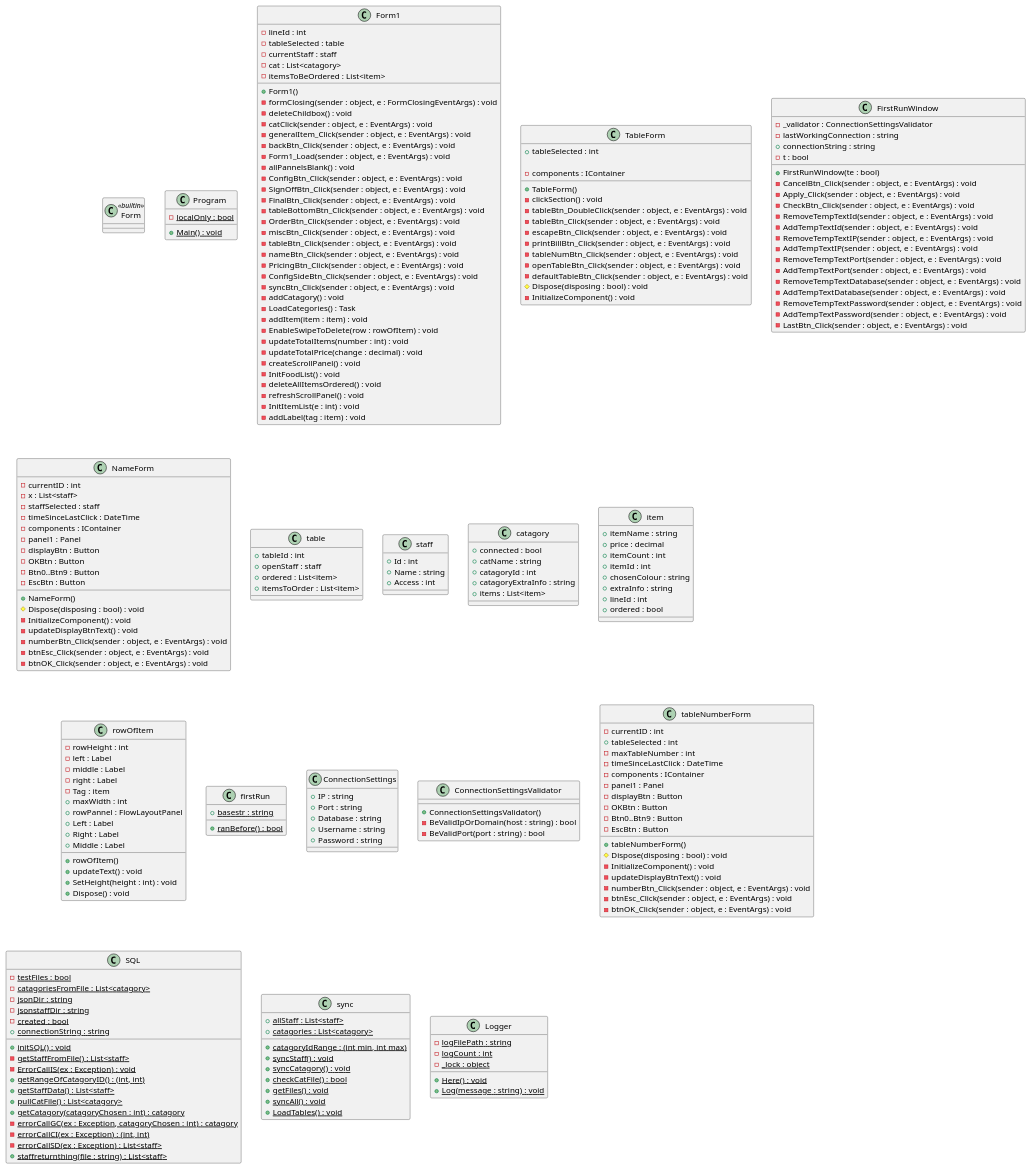
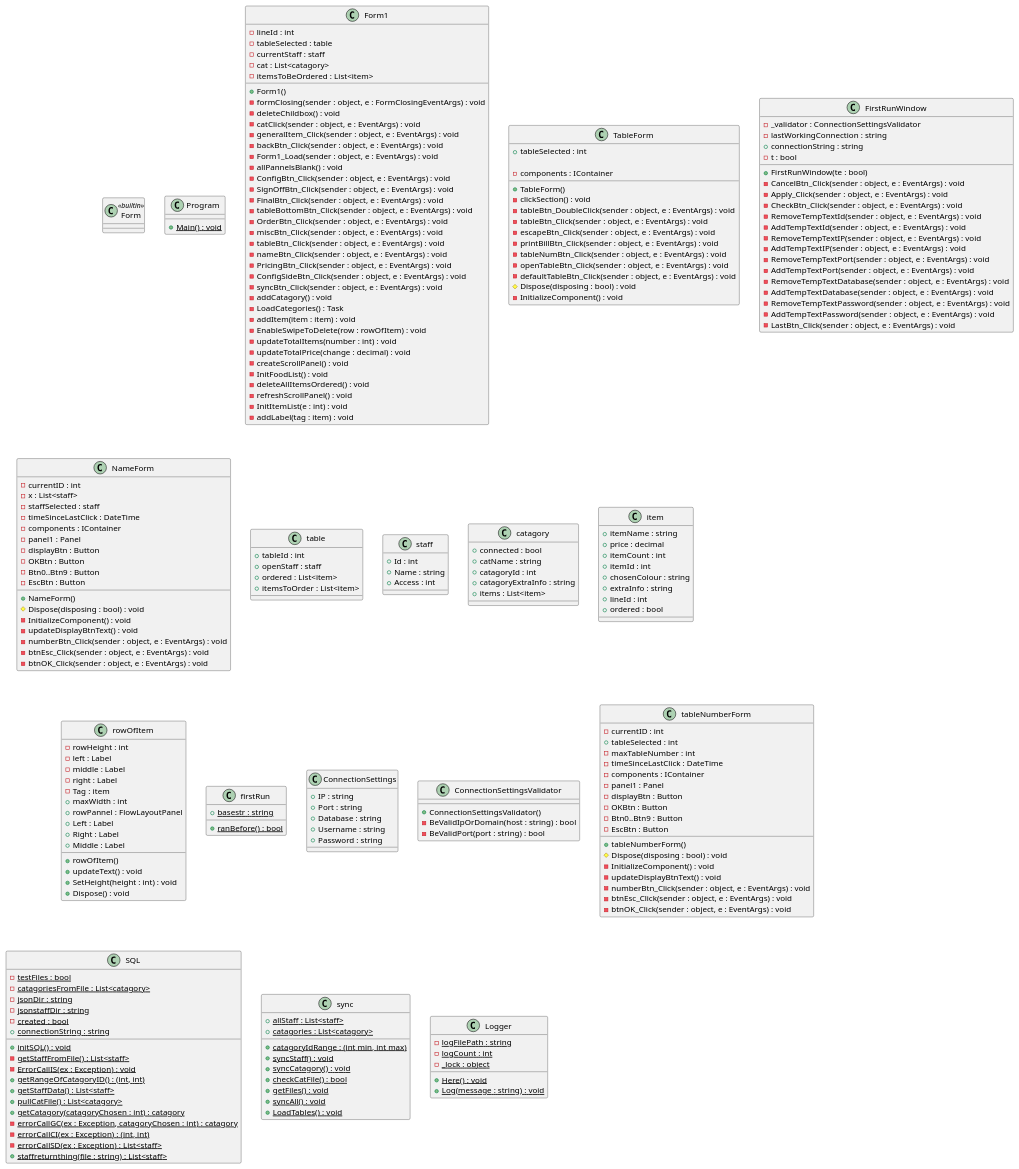
One commit to ffishstix/workcloneCS changed the diagram in diagrams/individual classes.puml. Above: the diagram before and after it, drawn with PlantUML. The commit also changed 3 other files, not shown here.

```diff
--- a/diagrams/individual classes.puml
+++ b/diagrams/individual classes.puml
@@ -2,7 +2,7 @@
 class Form <<builtin>>
 
 class Program {
-  - {static} localOnly : bool
+  
   + {static} Main() : void
 }
 
```
